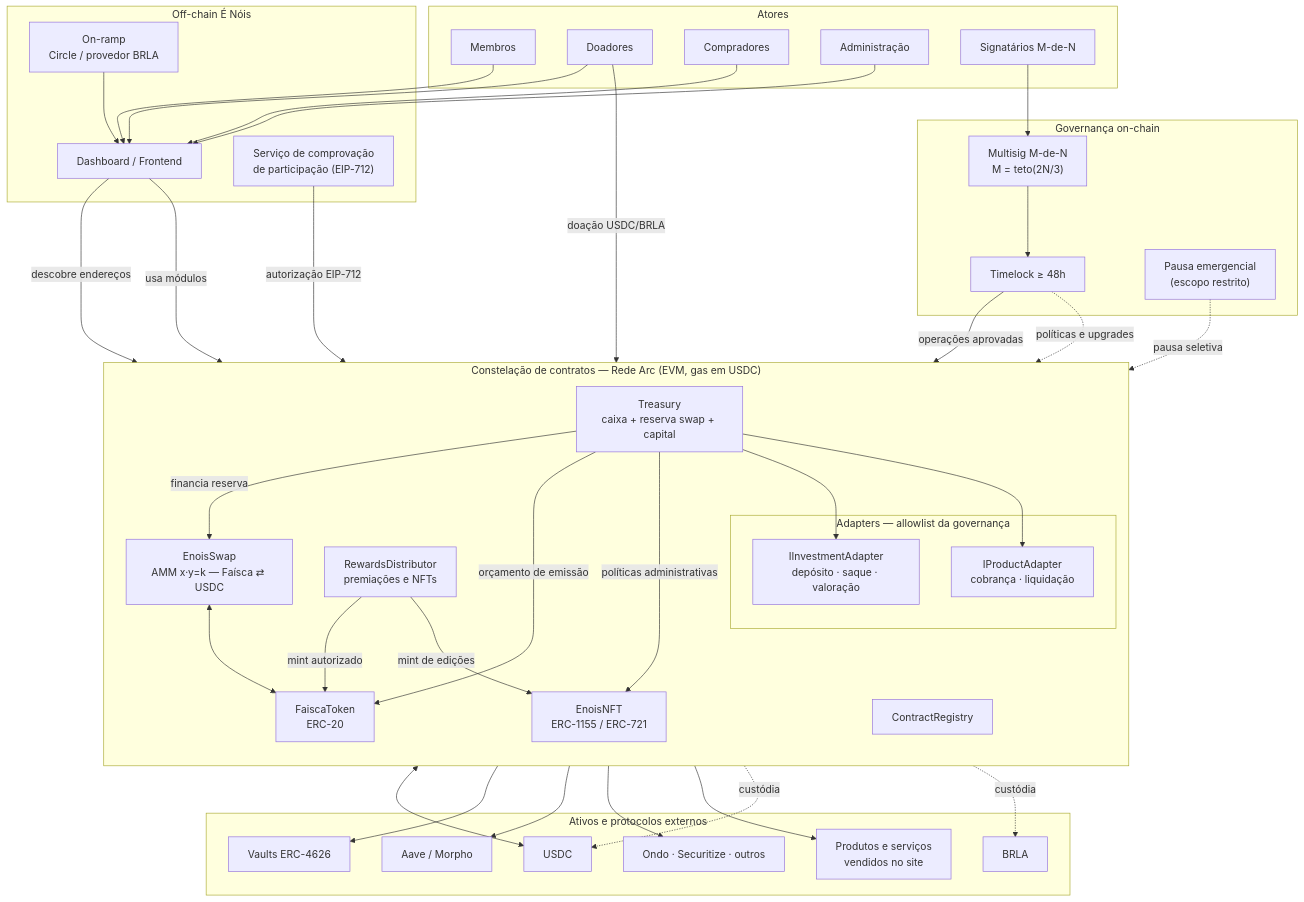
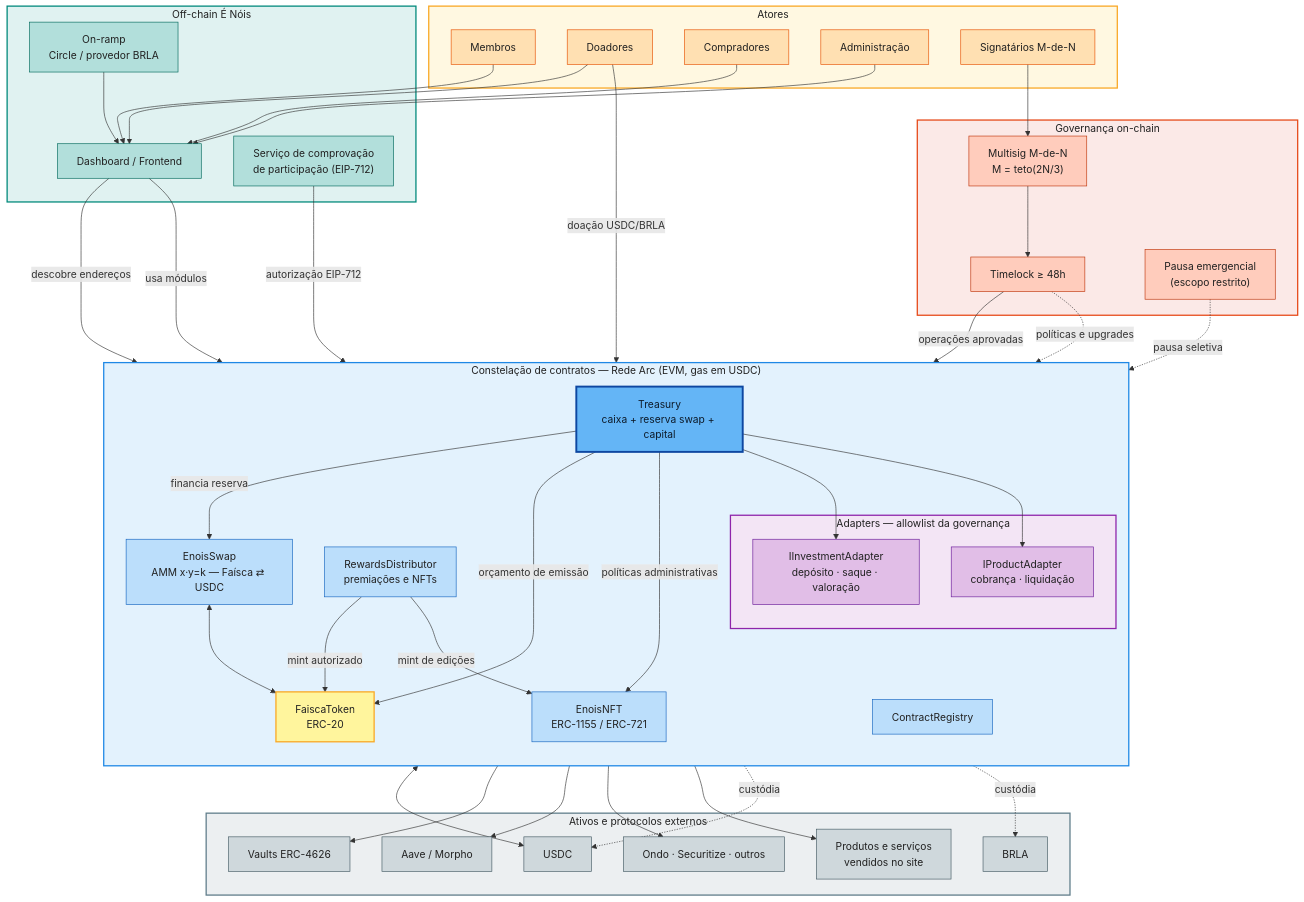
The diagram in README.md (Rede-ENois/smartcontracts), drawn with Mermaid before and after one commit.

Commit message:
docs(diagramas): adicione cores ao diagrama

````diff
--- a/README.md
+++ b/README.md
@@ -303,4 +303,29 @@
     INV --> V4626 & LEND & RWA
     PRD --> SITE
     TRS -.->|custódia| USDC & BRLA
+
+    classDef actor fill:#FFE0B2,stroke:#E65100,stroke-width:1px,color:#212121;
+    classDef offchain fill:#B2DFDB,stroke:#00695C,stroke-width:1px,color:#212121;
+    classDef gov fill:#FFCCBC,stroke:#BF360C,stroke-width:1px,color:#212121;
+    classDef contract fill:#BBDEFB,stroke:#1565C0,stroke-width:1px,color:#212121;
+    classDef treasury fill:#64B5F6,stroke:#0D47A1,stroke-width:3px,color:#0D1B2A;
+    classDef token fill:#FFF59D,stroke:#F9A825,stroke-width:2px,color:#212121;
+    classDef adapter fill:#E1BEE7,stroke:#6A1B9A,stroke-width:1px,color:#212121;
+    classDef external fill:#CFD8DC,stroke:#455A64,stroke-width:1px,color:#212121;
+
+    class M,D,C,ADM,SIG actor;
+    class FE,VAL,RAMP offchain;
+    class MS,TL,PZ gov;
+    class REG,PRE,NFT,SWP contract;
+    class TRS treasury;
+    class FAI token;
+    class INV,PRD adapter;
+    class USDC,BRLA,V4626,LEND,RWA,SITE external;
+
+    style Atores fill:#FFF8E1,stroke:#F9A825,stroke-width:2px,color:#212121;
+    style OffChain fill:#E0F2F1,stroke:#00897B,stroke-width:2px,color:#212121;
+    style Gov fill:#FBE9E7,stroke:#E64A19,stroke-width:2px,color:#212121;
+    style Arc fill:#E3F2FD,stroke:#1E88E5,stroke-width:2px,color:#212121;
+    style Adapters fill:#F3E5F5,stroke:#8E24AA,stroke-width:2px,color:#212121;
+    style Ext fill:#ECEFF1,stroke:#607D8B,stroke-width:2px,color:#212121;
 ```
````
